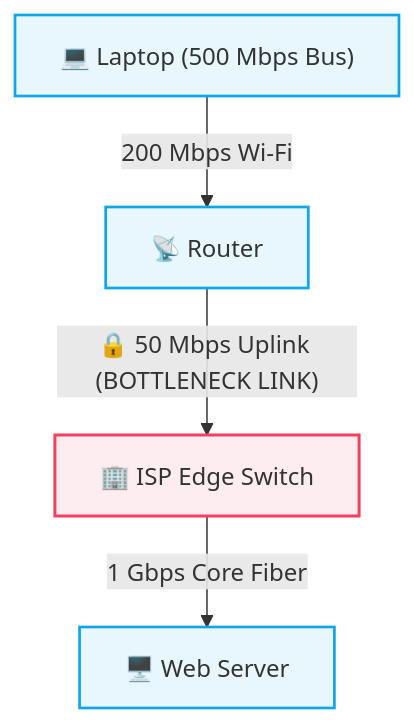
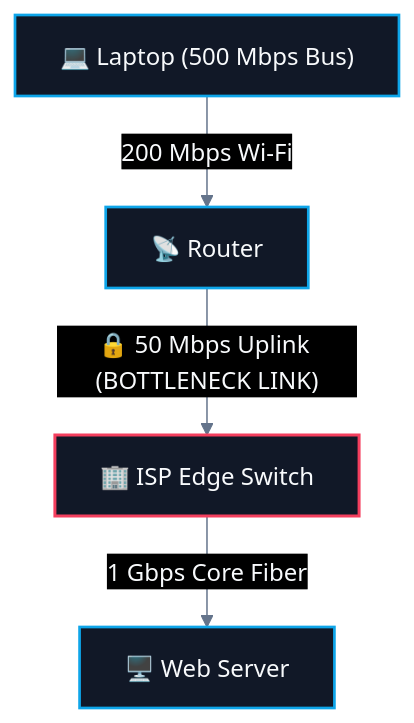
One commit to abhinavbharti2345/CS_Notes changed the fourth of 4 diagrams in CS/Computer Networking/01. Architecture & Fundamentals/04. Network Performance - Delay, Latency, Throughput.md. Above: the diagram before and after it, drawn with Mermaid. The commit also changed other lines of this file and 195 other files, not shown here.

````diff
--- a/CS/Computer Networking/01. Architecture & Fundamentals/04. Network Performance - Delay, Latency, Throughput.md
+++ b/CS/Computer Networking/01. Architecture & Fundamentals/04. Network Performance - Delay, Latency, Throughput.md
@@ -185,12 +188,13 @@
 ```mermaid
+%%{init: {'theme': 'base', 'themeVariables': { 'darkMode': true, 'background': '#0B0F14', 'mainBkg': '#111827', 'primaryColor': '#111827', 'primaryTextColor': '#F8FAFC', 'primaryBorderColor': '#38BDF8', 'lineColor': '#64748B', 'secondaryColor': '#0B0F14', 'tertiaryColor': '#0B0F14', 'clusterBkg': '#0B0F14', 'clusterBorder': '#38BDF8' }}}%%
 flowchart TD
     Laptop["💻 Laptop (500 Mbps Bus)"]
     -->|"200 Mbps Wi-Fi"| Router["📡 Router"]
     -->|"🔒 50 Mbps Uplink (BOTTLENECK LINK)"| ISP["🏢 ISP Edge Switch"]
     -->|"1 Gbps Core Fiber"| Server["🖥️ Web Server"]
 
-    classDef normal fill:#0ea5e918,stroke:#0ea5e9,stroke-width:1.8px;
-    classDef bottleneck fill:#f43f5e18,stroke:#f43f5e,stroke-width:2px;
+    classDef normal fill:#111827,stroke:#0ea5e9,stroke-width:1.8px,color:#F8FAFC;
+    classDef bottleneck fill:#111827,stroke:#f43f5e,stroke-width:2px,color:#F8FAFC;
     class Laptop,Router,Server normal;
     class ISP bottleneck;
 ```
````
